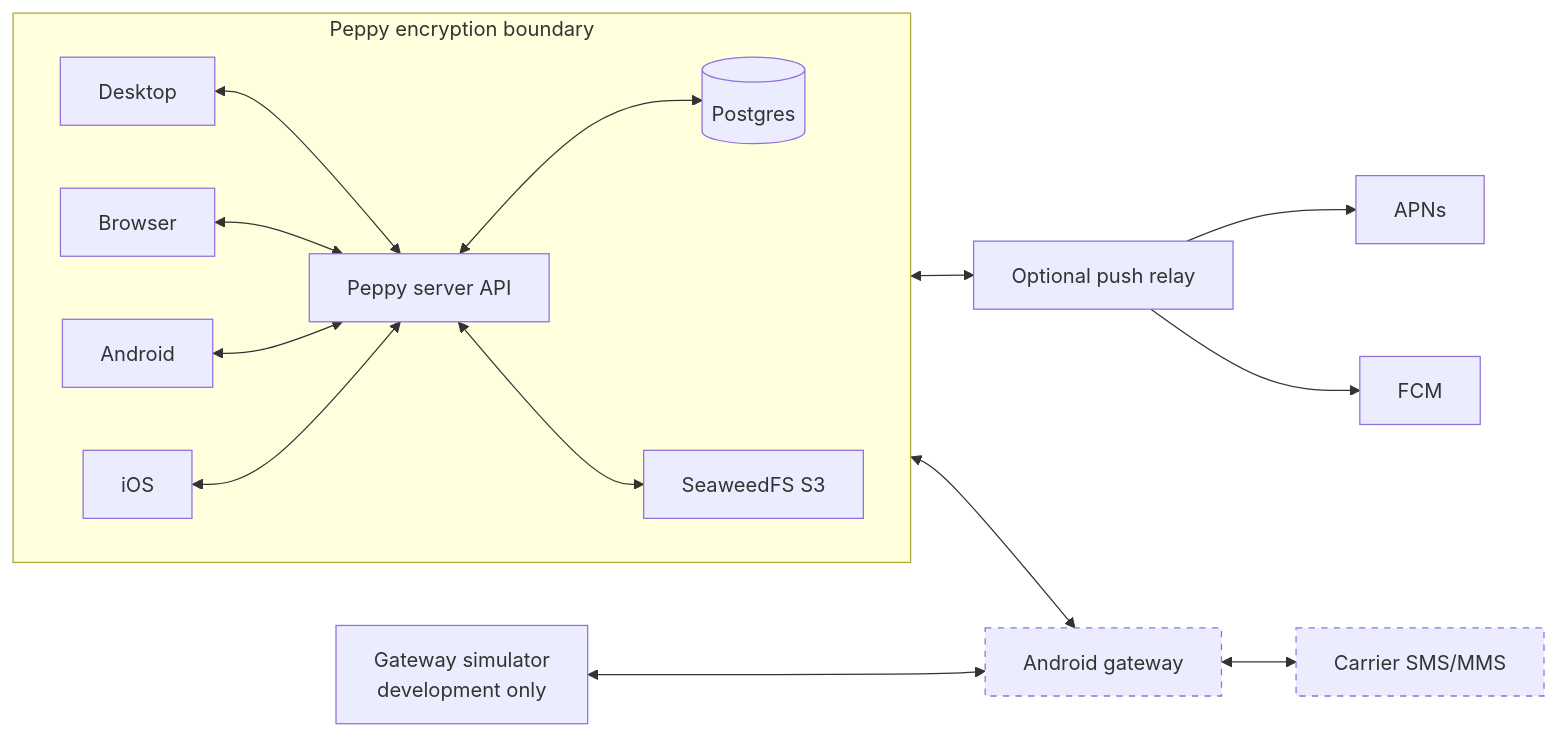
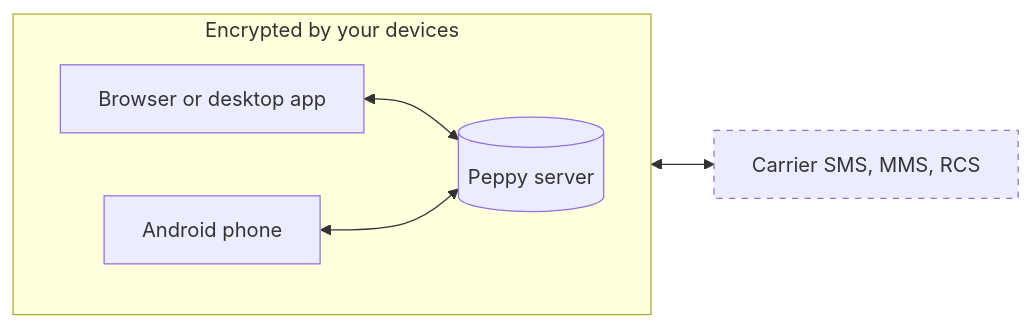
Before and after one commit to mattv8/peppy: the diagram in README.md, drawn with Mermaid. The commit also changed other lines of this file, not shown here.

````diff
--- a/README.md
+++ b/README.md
@@ -60,27 +35,13 @@
 ```mermaid
 flowchart LR
-  subgraph Boundary[Peppy encryption boundary]
+  subgraph Vault[Encrypted by your devices]
     direction LR
-    Desktop[Desktop]
-    Browser[Browser]
-    Android[Android]
-    IOS[iOS]
-    API[Peppy server API]
-    Postgres[(Postgres)]
-    Seaweed[SeaweedFS S3]
+    Computer[Browser or desktop app]
+    Phone[Android phone]
+    Server[(Peppy server)]
   end
-  Desktop <--> API
-  Browser <--> API
-  Android <--> API
-  IOS <--> API
-  API <--> Postgres
-  API <--> Seaweed
-  API <--> Relay[Optional push relay]
-  Relay --> APNS[APNs]
-  Relay --> FCM[FCM]
-  Android <--> Gateway[Android gateway]
-  Gateway <--> Carrier[Carrier SMS/MMS]
-  Simulator[Gateway simulator<br/>development only] <--> Gateway
+  Computer <--> Server
+  Phone <--> Server
+  Phone <--> Carrier[Carrier SMS, MMS, RCS]
   style Carrier stroke-dasharray: 5 5
-  style Gateway stroke-dasharray: 5 5
 ```
````
